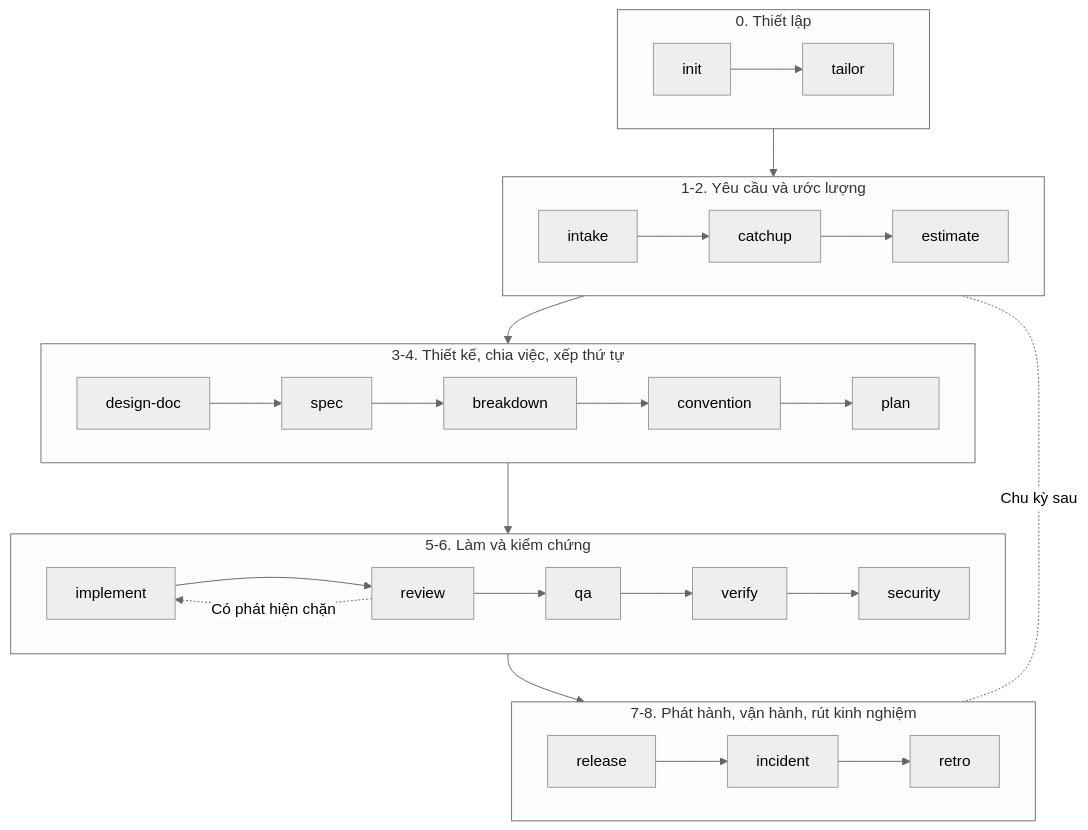
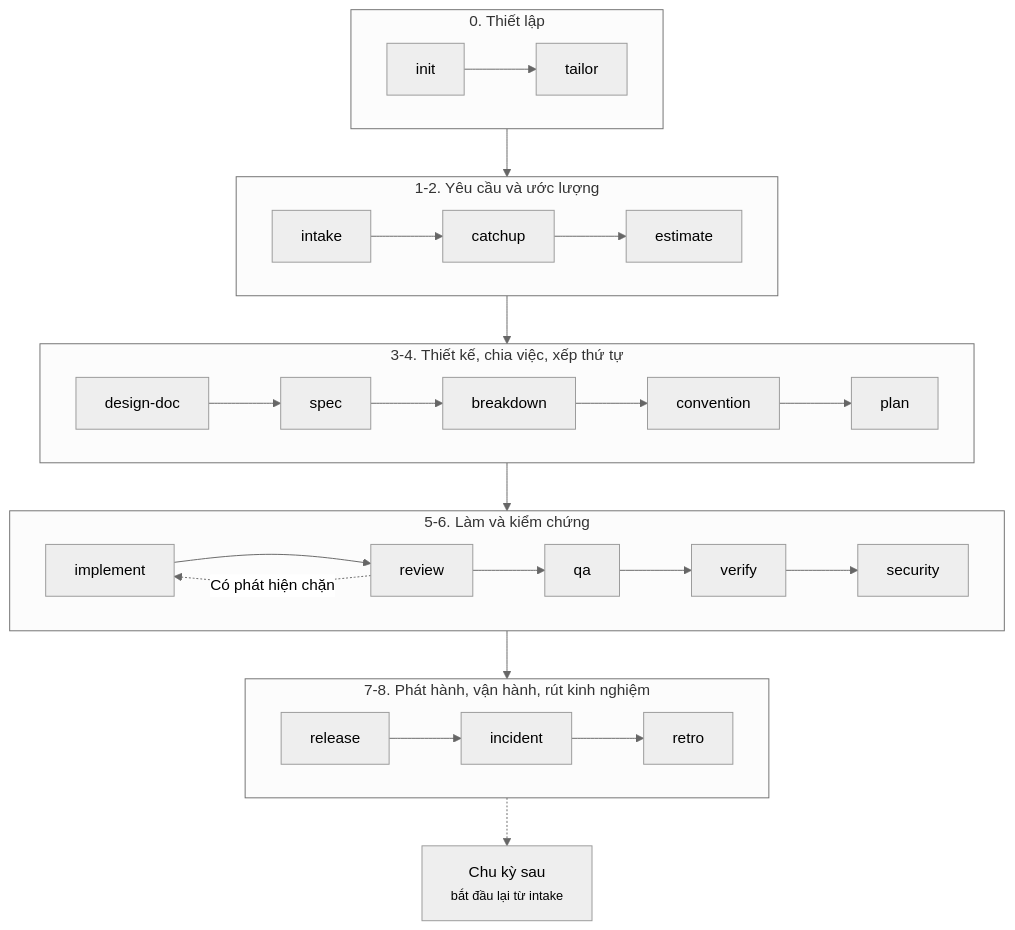
Before and after one commit to lamngockhuong/aiteamkit: the diagram in docs/vi/skills-overview.md, drawn with Mermaid (neutral theme). The commit also changed 6 other files, not shown here.

First line of the commit message:
fix: draw a diagram's loop back to an end node so it keeps its arrowhead

````diff
--- a/docs/vi/skills-overview.md
+++ b/docs/vi/skills-overview.md
@@ -11,26 +11,26 @@
 ```mermaid
 flowchart TD
     subgraph L0["0. Thiết lập"]
         direction LR
         I["init"] --> T["tailor"]
     end
     subgraph L1["1-2. Yêu cầu và ước lượng"]
         direction LR
         IN["intake"] --> C["catchup"] --> E["estimate"]
     end
     subgraph L2["3-4. Thiết kế, chia việc, xếp thứ tự"]
         direction LR
         D["design-doc"] --> SP["spec"] --> B["breakdown"] --> CV["convention"] --> P["plan"]
     end
     subgraph L3["5-6. Làm và kiểm chứng"]
         direction LR
         IM["implement"] --> R["review"] --> Q["qa"] --> V["verify"] --> S["security"]
         R -.->|Có phát hiện chặn| IM
     end
     subgraph L4["7-8. Phát hành, vận hành, rút kinh nghiệm"]
         direction LR
         RL["release"] --> IC["incident"] --> RT["retro"]
     end
     L0 --> L1 --> L2 --> L3 --> L4
-    L1 <-.-|Chu kỳ sau| L4
+    L4 -.-> NC["Chu kỳ sau<br/><small>bắt đầu lại từ intake</small>"]
 ```
````
